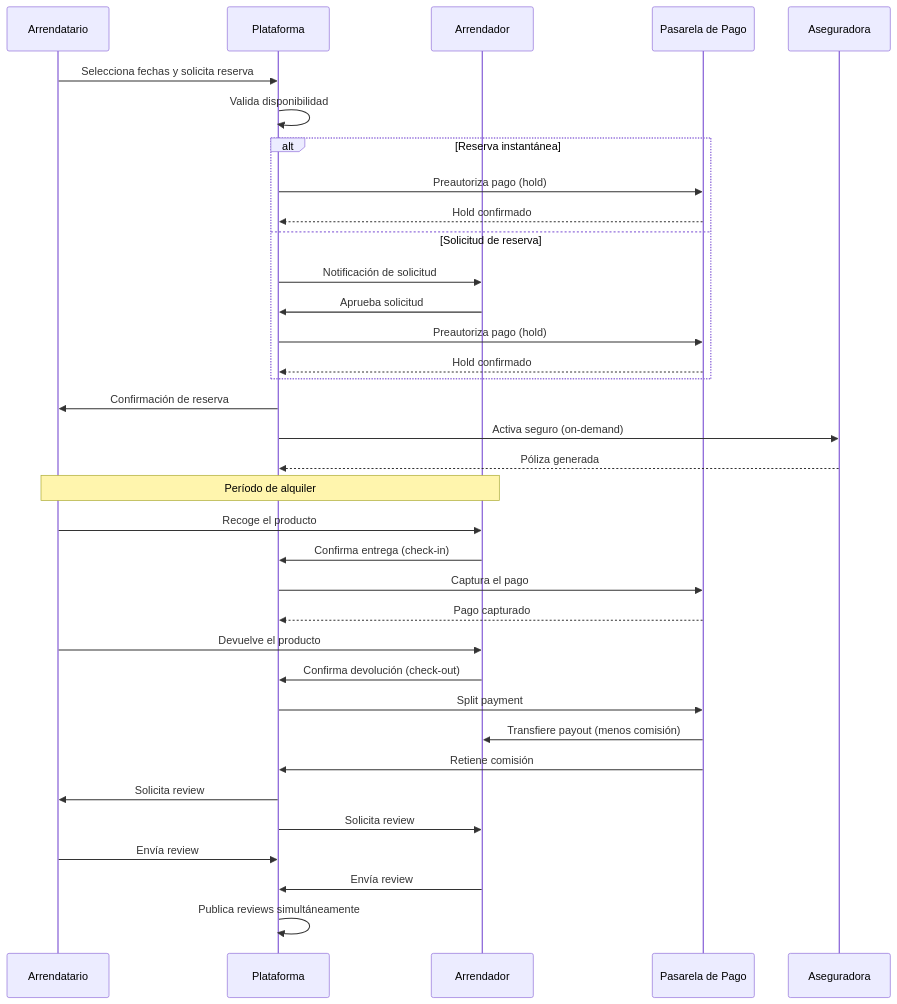
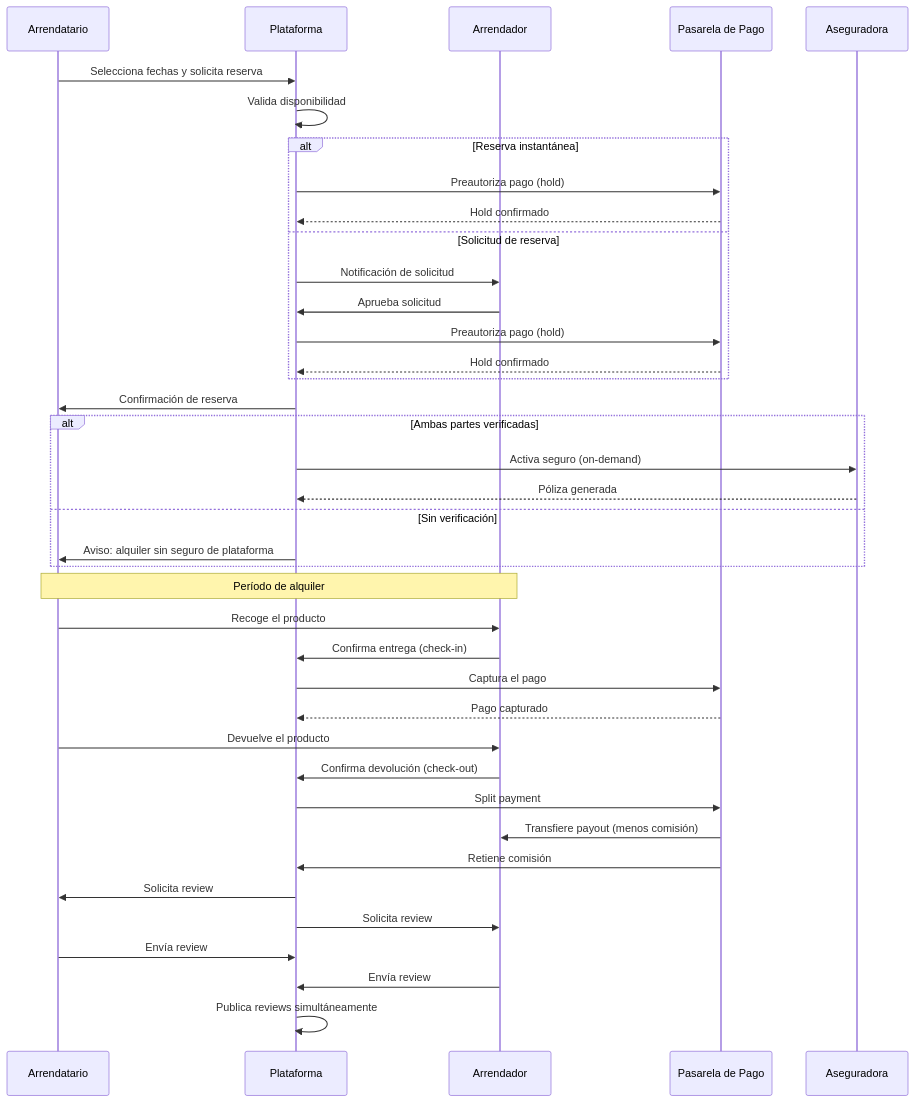
Before and after one commit to hugoolmo63/Toolyo: the third of 7 diagrams in docs/05-diagramas-navegacion.md, drawn with Mermaid. The commit also changed other lines of this file and 5 other files, not shown here.

Commit message:
el KYC no es obligatorio, sera una garantia mas para el alquiler. Se limita el valor del bien si no existe KYC y no se ofrecera seguro

````diff
--- a/docs/05-diagramas-navegacion.md
+++ b/docs/05-diagramas-navegacion.md
@@ -171,42 +171,46 @@
 ```mermaid
 sequenceDiagram
     participant A as Arrendatario
     participant P as Plataforma
     participant O as Arrendador
     participant PG as Pasarela de Pago
     participant INS as Aseguradora
 
     A->>P: Selecciona fechas y solicita reserva
     P->>P: Valida disponibilidad
     alt Reserva instantánea
         P->>PG: Preautoriza pago (hold)
         PG-->>P: Hold confirmado
     else Solicitud de reserva
         P->>O: Notificación de solicitud
         O->>P: Aprueba solicitud
         P->>PG: Preautoriza pago (hold)
         PG-->>P: Hold confirmado
     end
     P->>A: Confirmación de reserva
-    P->>INS: Activa seguro (on-demand)
-    INS-->>P: Póliza generada
+    alt Ambas partes verificadas
+        P->>INS: Activa seguro (on-demand)
+        INS-->>P: Póliza generada
+    else Sin verificación
+        P->>A: Aviso: alquiler sin seguro de plataforma
+    end
 
     Note over A,O: Período de alquiler
 
     A->>O: Recoge el producto
     O->>P: Confirma entrega (check-in)
     P->>PG: Captura el pago
     PG-->>P: Pago capturado
 
     A->>O: Devuelve el producto
     O->>P: Confirma devolución (check-out)
     P->>PG: Split payment
     PG->>O: Transfiere payout (menos comisión)
     PG->>P: Retiene comisión
 
     P->>A: Solicita review
     P->>O: Solicita review
     A->>P: Envía review
     O->>P: Envía review
     P->>P: Publica reviews simultáneamente
 ```
````
